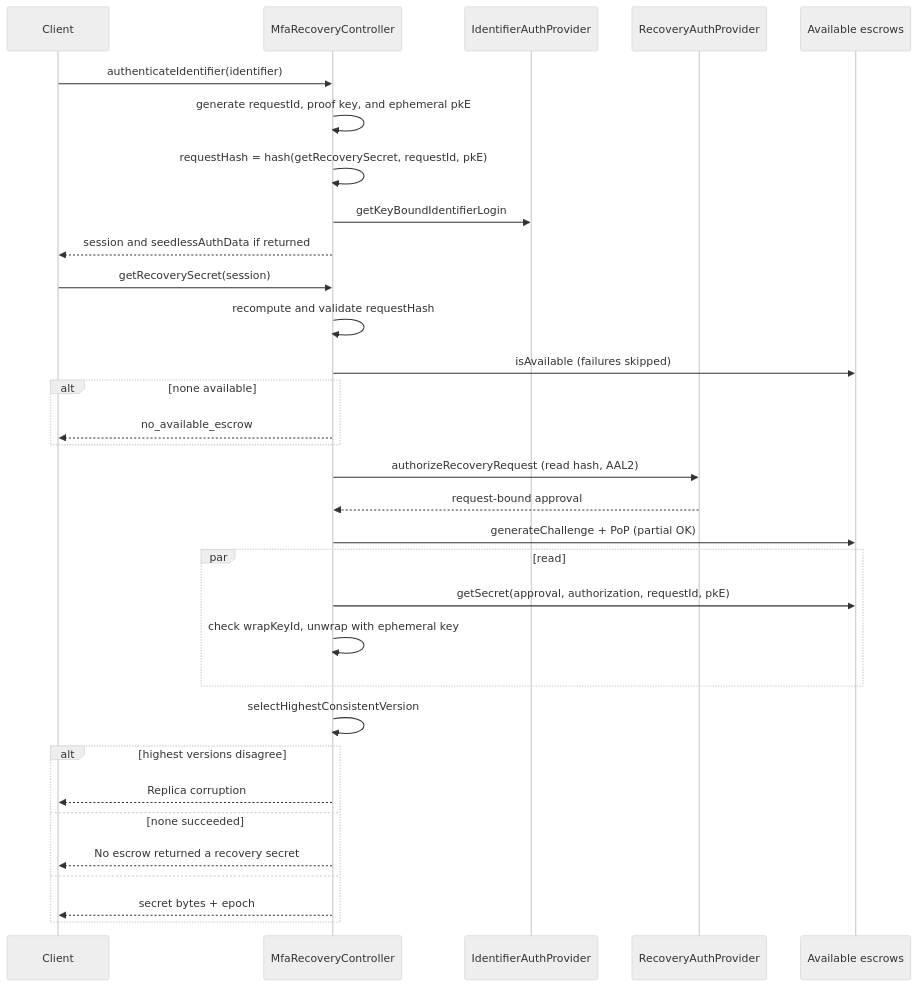
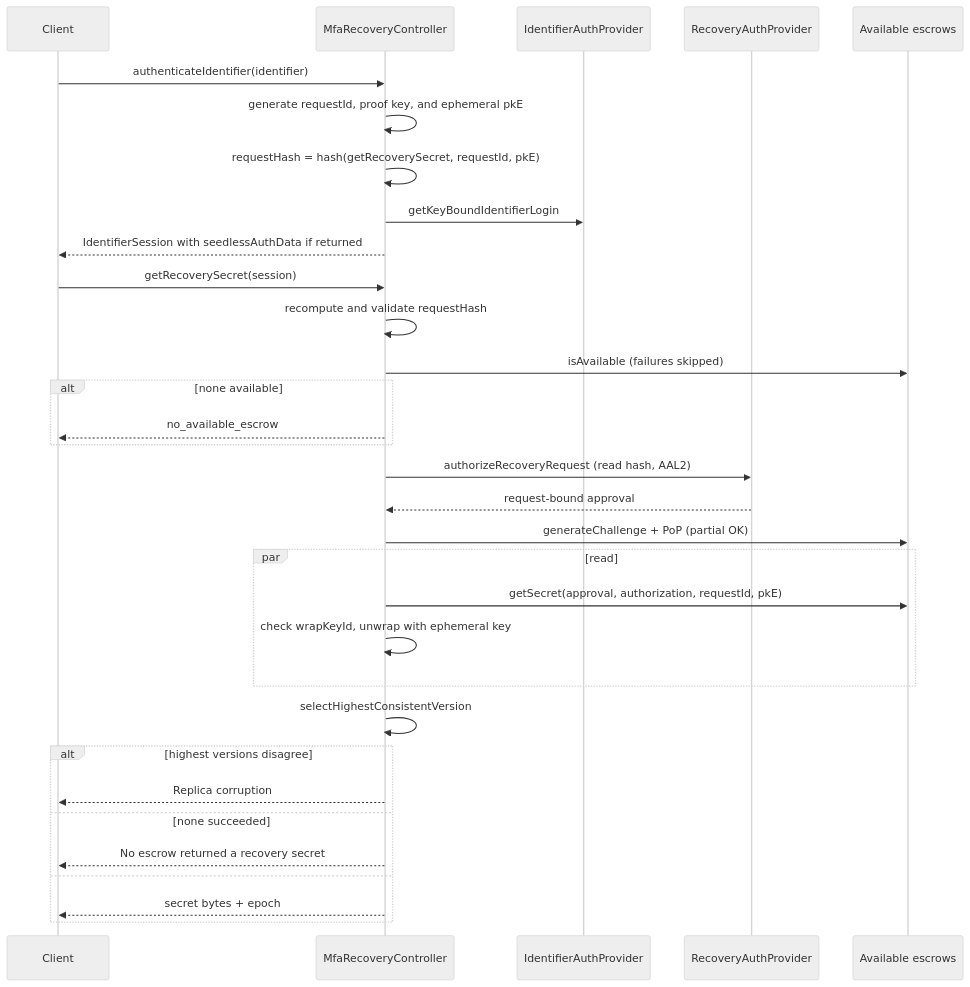
One commit to MetaMask/core changed the fourth of 5 diagrams in packages/mfa-recovery-controller/ARCHITECTURE.md. Above: the diagram before and after it, drawn with Mermaid (neutral theme). The commit also changed other lines of this file and 10 other files, not shown here.

Commit message:
refactor: return seedless auth data on IdentifierSession

````diff
--- a/packages/mfa-recovery-controller/ARCHITECTURE.md
+++ b/packages/mfa-recovery-controller/ARCHITECTURE.md
@@ -257,35 +257,35 @@
 ```mermaid
 sequenceDiagram
   participant C as Client
   participant M as MfaRecoveryController
   participant I as IdentifierAuthProvider
   participant A as RecoveryAuthProvider
   participant E as Available escrows
 
   C->>M: authenticateIdentifier(identifier)
   M->>M: generate requestId, proof key, and ephemeral pkE
   M->>M: requestHash = hash(getRecoverySecret, requestId, pkE)
   M->>I: getKeyBoundIdentifierLogin
-  M-->>C: session and seedlessAuthData if returned
+  M-->>C: IdentifierSession with seedlessAuthData if returned
   C->>M: getRecoverySecret(session)
   M->>M: recompute and validate requestHash
   M->>E: isAvailable (failures skipped)
   alt none available
     M-->>C: no_available_escrow
   end
   M->>A: authorizeRecoveryRequest (read hash, AAL2)
   A-->>M: request-bound approval
   M->>E: generateChallenge + PoP (partial OK)
   par read
     M->>E: getSecret(approval, authorization, requestId, pkE)
     M->>M: check wrapKeyId, unwrap with ephemeral key
   end
   M->>M: selectHighestConsistentVersion
   alt highest versions disagree
     M-->>C: Replica corruption
   else none succeeded
     M-->>C: No escrow returned a recovery secret
   else
     M-->>C: secret bytes + epoch
   end
 ```
````
